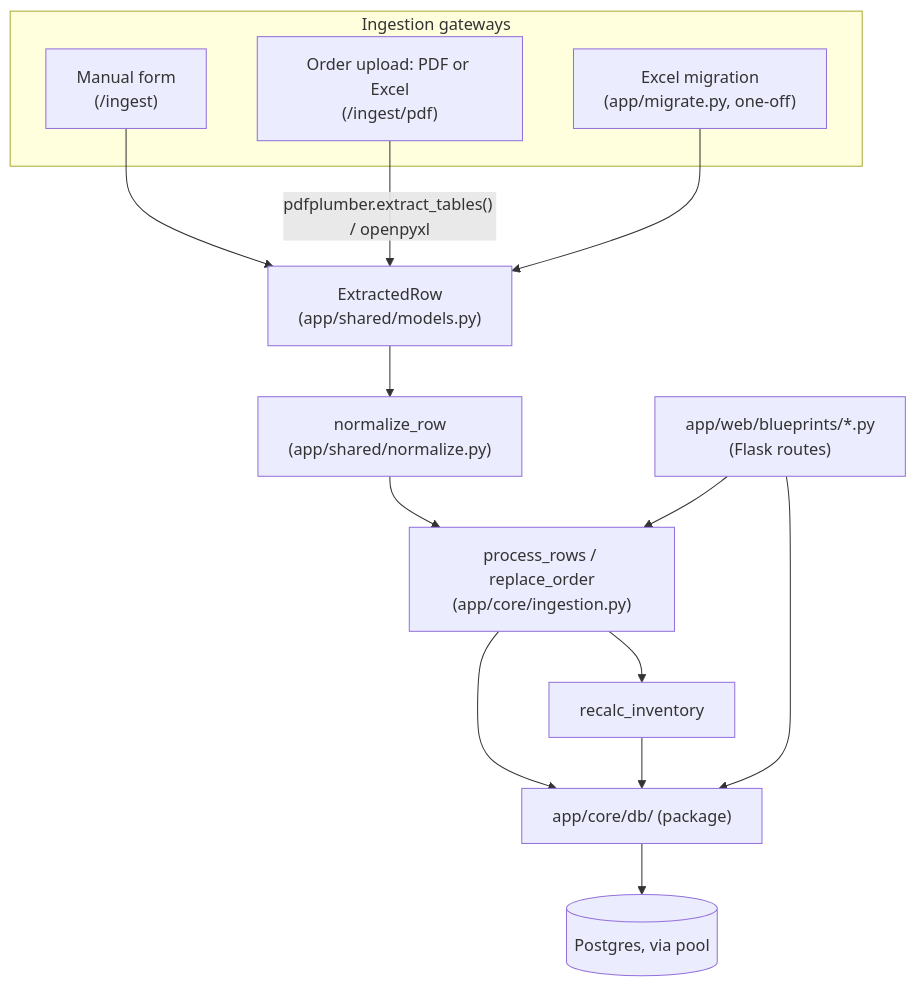
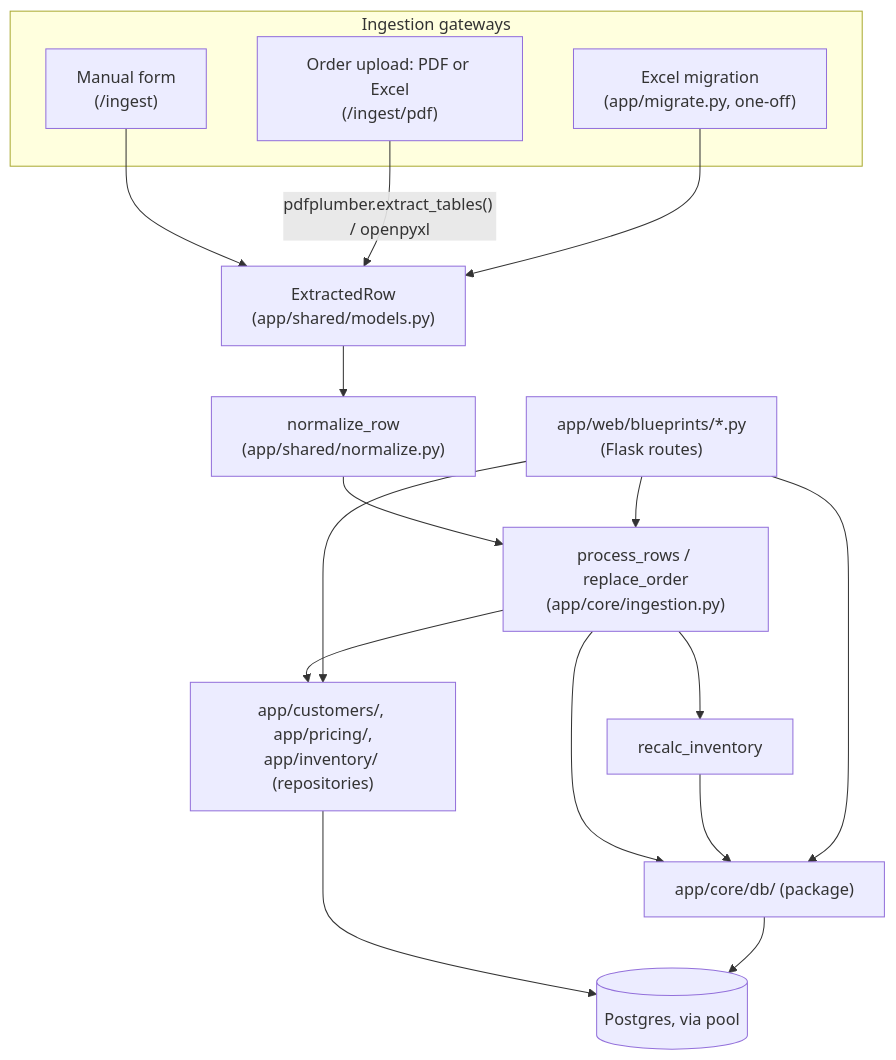
The first of 2 diagrams in docs/ARCHITECTURE.md (nickkmm/plates), drawn with Mermaid before and after one commit. The commit also changed other lines of this file and 7 other files, not shown here.

Commit message:
Point docs at the customers, pricing and inventory packages

````diff
--- a/docs/ARCHITECTURE.md
+++ b/docs/ARCHITECTURE.md
@@ -11,20 +11,23 @@
 ```mermaid
 flowchart TD
     subgraph Gateways["Ingestion gateways"]
         M["Manual form<br/>(/ingest)"]
         PDF["Order upload: PDF or Excel<br/>(/ingest/pdf)"]
         MIG["Excel migration<br/>(app/migrate.py, one-off)"]
     end
     M --> ER["ExtractedRow<br/>(app/shared/models.py)"]
     PDF -->|"pdfplumber.extract_tables() / openpyxl"| ER
     MIG --> ER
     ER --> NORM["normalize_row<br/>(app/shared/normalize.py)"]
     NORM --> PROC["process_rows / replace_order<br/>(app/core/ingestion.py)"]
     PROC --> DBL["app/core/db/ (package)"]
+    PROC --> DOM["app/customers/, app/pricing/,<br/>app/inventory/ (repositories)"]
+    DOM --> PG
     DBL --> PG[(Postgres, via pool)]
     PROC --> INV[recalc_inventory]
     INV --> DBL
 
     WEB["app/web/blueprints/*.py<br/>(Flask routes)"] --> PROC
     WEB --> DBL
+    WEB --> DOM
 ```
````
